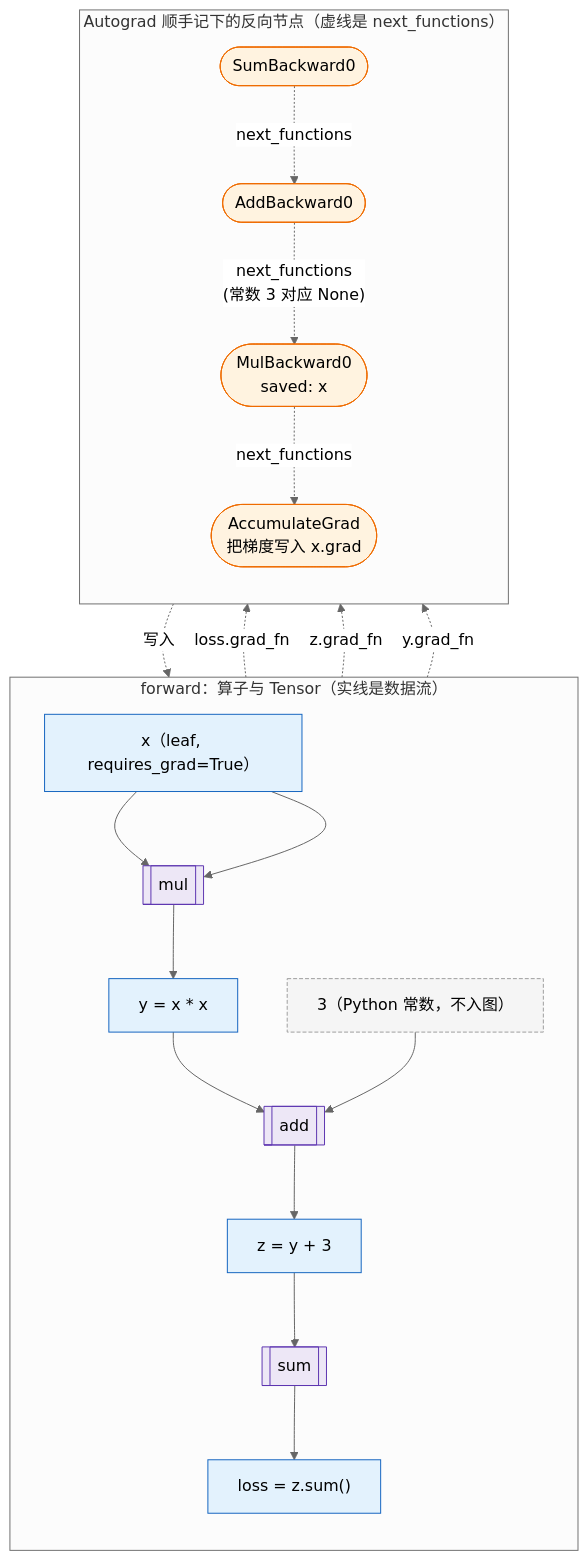
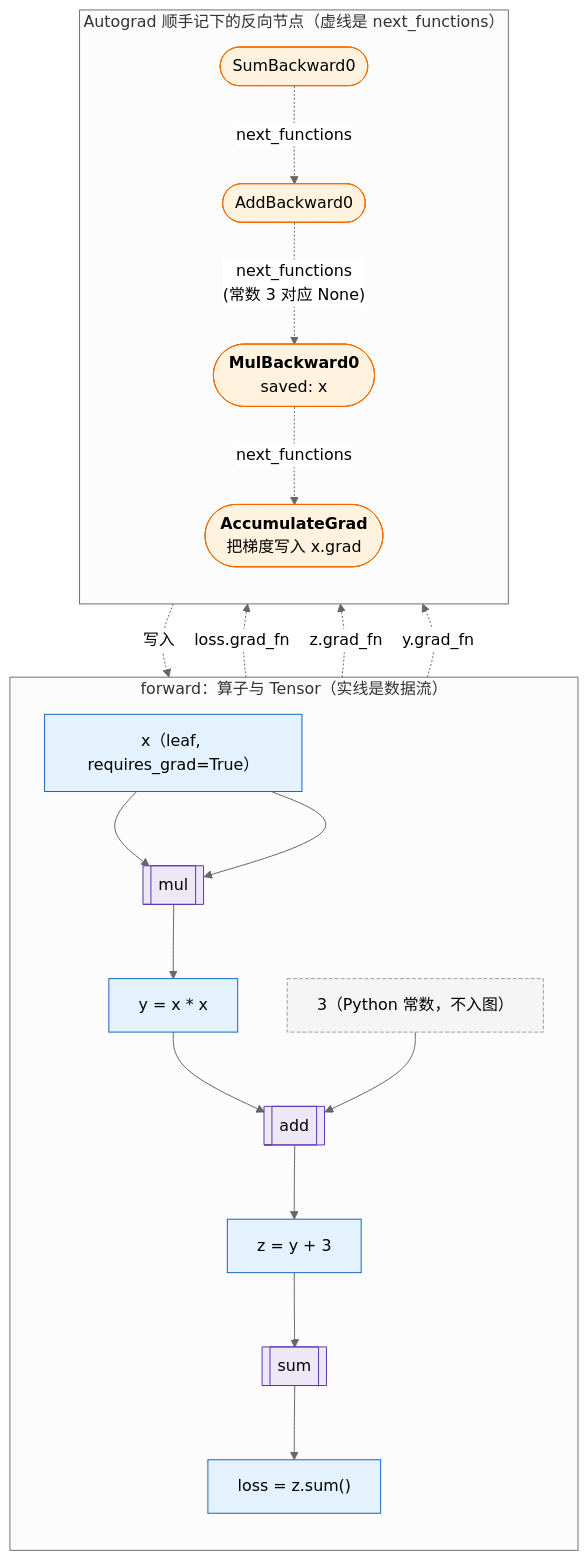
The second of 4 diagrams in _posts/2026-02-19-pytorch-autograd-and-dynamic-computation-graph.md (arganzheng/arganzheng.github.com), drawn with Mermaid (neutral theme) before and after one commit. The commit also changed other lines of this file and 10 other files, not shown here.

First line of the commit message:
PyTorch 深度实践：从 Tensor 到深度学习运行时：Mermaid 多行方框的首行标为标题（11 篇）

````diff
--- a/_posts/2026-02-19-pytorch-autograd-and-dynamic-computation-graph.md
+++ b/_posts/2026-02-19-pytorch-autograd-and-dynamic-computation-graph.md
@@ -173,43 +173,43 @@
 ```mermaid
 %% 图：一张计算图的两半：上半是 forward 执行的算子与 Tensor，下半是 Autograd 顺手创建的反向节点
 flowchart TB
     subgraph fwd["forward：算子与 Tensor（实线是数据流）"]
         direction TB
         tX["x（leaf, requires_grad=True）"]
         c3["3（Python 常数，不入图）"]
         opMul[["mul"]]
         opAdd[["add"]]
         opSum[["sum"]]
         tY["y = x * x"]
         tZ["z = y + 3"]
         tL["loss = z.sum()"]
         tX --> opMul
         tX --> opMul
         opMul --> tY --> opAdd
         c3 --> opAdd
         opAdd --> tZ --> opSum --> tL
     end
     subgraph bwd["Autograd 顺手记下的反向节点（虚线是 next_functions）"]
         direction TB
         sm(["SumBackward0"])
         add(["AddBackward0"])
-        mul(["MulBackward0<br/>saved: x"])
-        acc(["AccumulateGrad<br/>把梯度写入 x.grad"])
+        mul(["<b>MulBackward0</b><br/>saved: x"])
+        acc(["<b>AccumulateGrad</b><br/>把梯度写入 x.grad"])
         sm -.->|"next_functions"| add
         add -.->|"next_functions<br/>(常数 3 对应 None)"| mul
         mul -.->|"next_functions"| acc
     end
     tL -. "loss.grad_fn" .-> sm
     tZ -. "z.grad_fn" .-> add
     tY -. "y.grad_fn" .-> mul
     acc -. "写入" .-> tX
 
     classDef tensor fill:#e3f2fd,stroke:#1565c0;
     classDef op fill:#ede7f6,stroke:#5e35b1;
     classDef gradfn fill:#fff3e0,stroke:#ef6c00;
     classDef const fill:#f5f5f5,stroke:#9e9e9e,stroke-dasharray:4 2;
     class tX,tY,tZ,tL tensor;
     class opMul,opAdd,opSum op;
     class mul,add,sm,acc gradfn;
     class c3 const;
 ```
````
